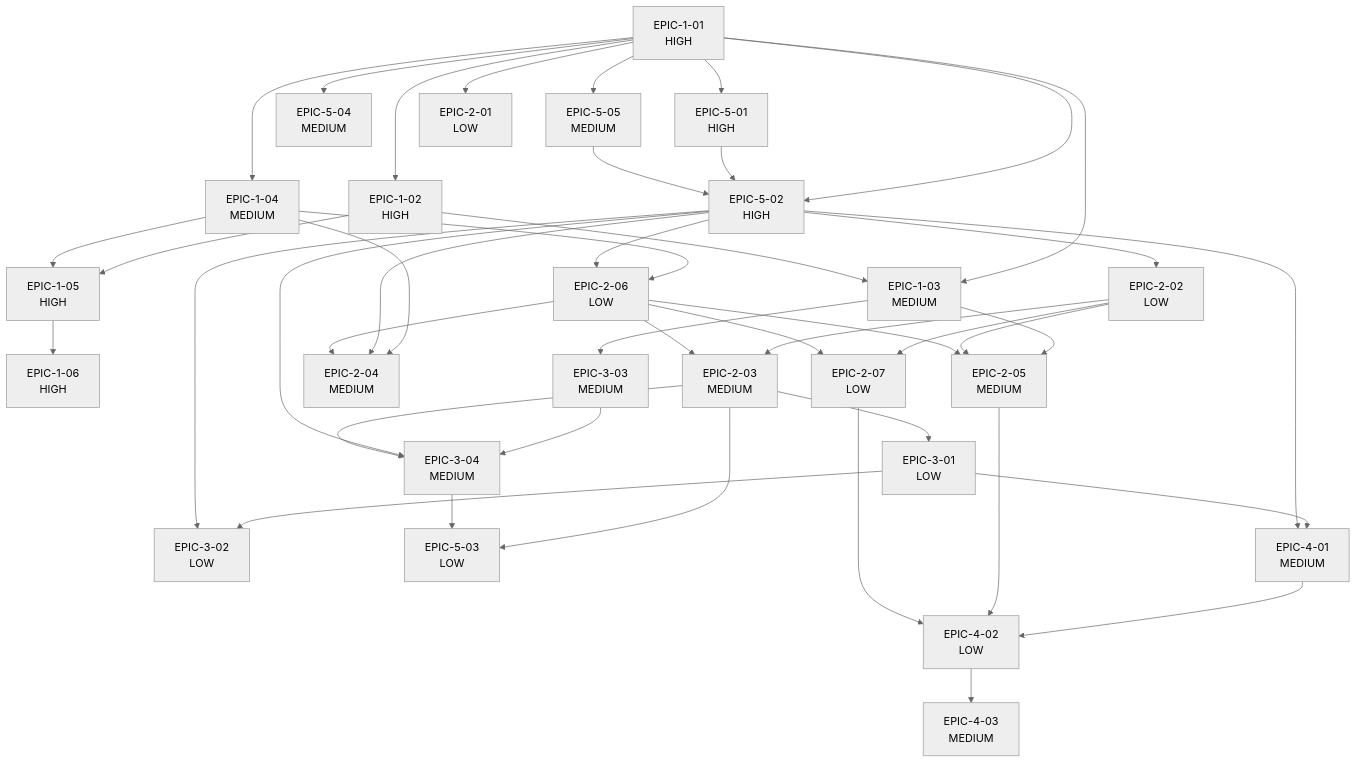
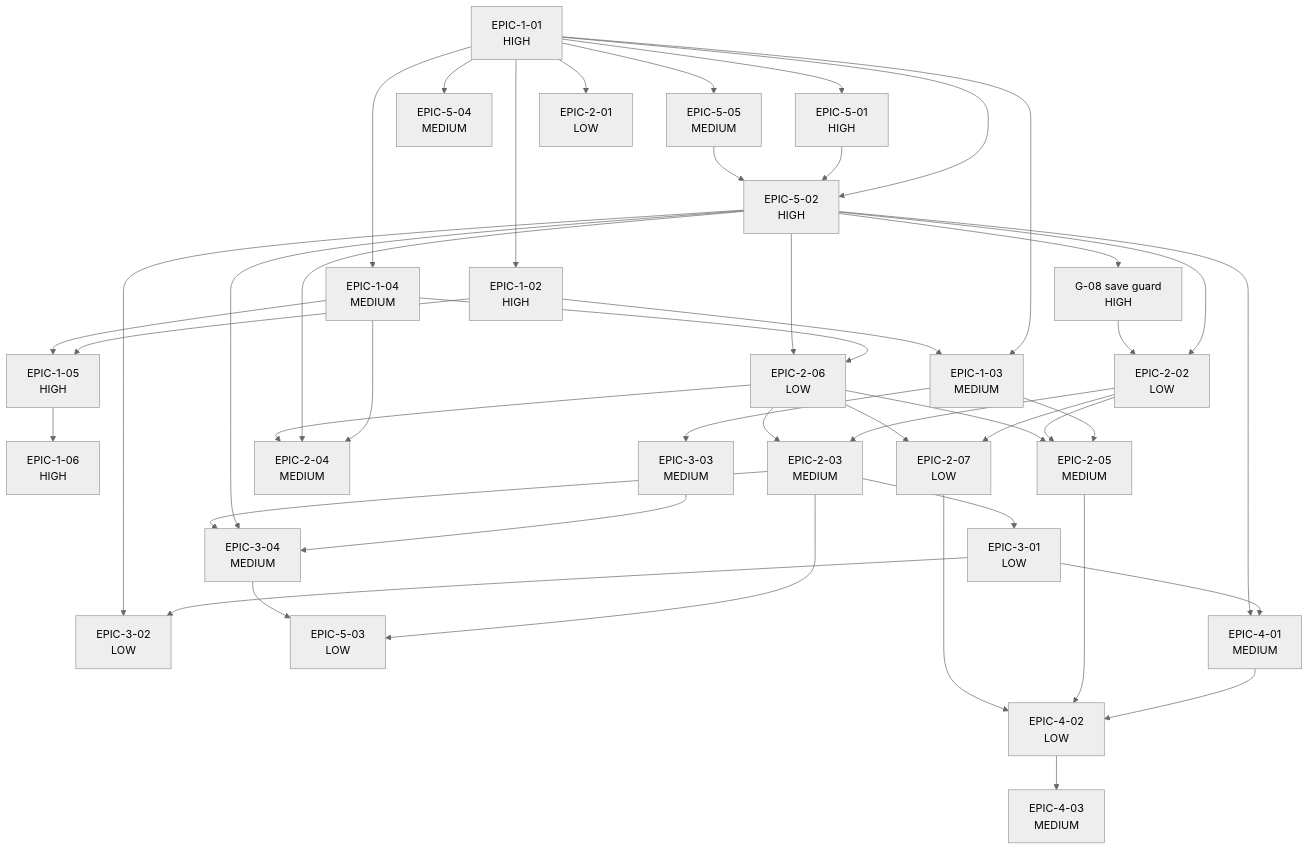
Before and after one commit to john-cyber-tech/raid-factory: the diagram in docs/task-dag.md, drawn with Mermaid (neutral theme). The commit also changed other lines of this file, not shown here.

Commit message:
Task DAG: add G-08 as gated step 11a before SPEC-EPIC-2-02, mark approved

````diff
--- a/docs/task-dag.md
+++ b/docs/task-dag.md
@@ -73,70 +77,73 @@
 ```mermaid
 flowchart TD
     EPIC_1_01["EPIC-1-01<br/>HIGH"]
     EPIC_5_01["EPIC-5-01<br/>HIGH"]
     EPIC_5_04["EPIC-5-04<br/>MEDIUM"]
     EPIC_5_05["EPIC-5-05<br/>MEDIUM"]
     EPIC_5_02["EPIC-5-02<br/>HIGH"]
     EPIC_1_02["EPIC-1-02<br/>HIGH"]
     EPIC_1_03["EPIC-1-03<br/>MEDIUM"]
     EPIC_1_04["EPIC-1-04<br/>MEDIUM"]
     EPIC_1_05["EPIC-1-05<br/>HIGH"]
     EPIC_1_06["EPIC-1-06<br/>HIGH"]
     EPIC_2_06["EPIC-2-06<br/>LOW"]
+    G_08["G-08 save guard<br/>HIGH"]
     EPIC_2_02["EPIC-2-02<br/>LOW"]
     EPIC_2_01["EPIC-2-01<br/>LOW"]
     EPIC_2_03["EPIC-2-03<br/>MEDIUM"]
     EPIC_2_05["EPIC-2-05<br/>MEDIUM"]
     EPIC_2_04["EPIC-2-04<br/>MEDIUM"]
     EPIC_2_07["EPIC-2-07<br/>LOW"]
     EPIC_3_01["EPIC-3-01<br/>LOW"]
     EPIC_3_02["EPIC-3-02<br/>LOW"]
     EPIC_3_03["EPIC-3-03<br/>MEDIUM"]
     EPIC_3_04["EPIC-3-04<br/>MEDIUM"]
     EPIC_5_03["EPIC-5-03<br/>LOW"]
     EPIC_4_01["EPIC-4-01<br/>MEDIUM"]
     EPIC_4_02["EPIC-4-02<br/>LOW"]
     EPIC_4_03["EPIC-4-03<br/>MEDIUM"]
     EPIC_1_01 --> EPIC_5_01
     EPIC_1_01 --> EPIC_5_04
     EPIC_1_01 --> EPIC_5_05
     EPIC_1_01 --> EPIC_5_02
     EPIC_5_01 --> EPIC_5_02
     EPIC_5_05 --> EPIC_5_02
     EPIC_1_01 --> EPIC_1_02
     EPIC_1_01 --> EPIC_1_03
     EPIC_1_02 --> EPIC_1_03
     EPIC_1_01 --> EPIC_1_04
     EPIC_1_02 --> EPIC_1_05
     EPIC_1_04 --> EPIC_1_05
     EPIC_1_05 --> EPIC_1_06
     EPIC_1_04 --> EPIC_2_06
     EPIC_5_02 --> EPIC_2_06
     EPIC_5_02 --> EPIC_2_02
+    EPIC_5_02 --> G_08
+    G_08 --> EPIC_2_02
     EPIC_1_01 --> EPIC_2_01
     EPIC_2_02 --> EPIC_2_03
     EPIC_2_06 --> EPIC_2_03
     EPIC_1_03 --> EPIC_2_05
     EPIC_2_02 --> EPIC_2_05
     EPIC_2_06 --> EPIC_2_05
     EPIC_1_04 --> EPIC_2_04
     EPIC_5_02 --> EPIC_2_04
     EPIC_2_06 --> EPIC_2_04
     EPIC_2_02 --> EPIC_2_07
     EPIC_2_06 --> EPIC_2_07
     EPIC_2_03 --> EPIC_3_01
     EPIC_3_01 --> EPIC_3_02
     EPIC_5_02 --> EPIC_3_02
     EPIC_1_03 --> EPIC_3_03
     EPIC_3_03 --> EPIC_3_04
     EPIC_5_02 --> EPIC_3_04
     EPIC_2_03 --> EPIC_3_04
     EPIC_2_03 --> EPIC_5_03
     EPIC_3_04 --> EPIC_5_03
     EPIC_3_01 --> EPIC_4_01
     EPIC_5_02 --> EPIC_4_01
     EPIC_4_01 --> EPIC_4_02
     EPIC_2_05 --> EPIC_4_02
     EPIC_2_07 --> EPIC_4_02
     EPIC_4_02 --> EPIC_4_03
 ```
````
